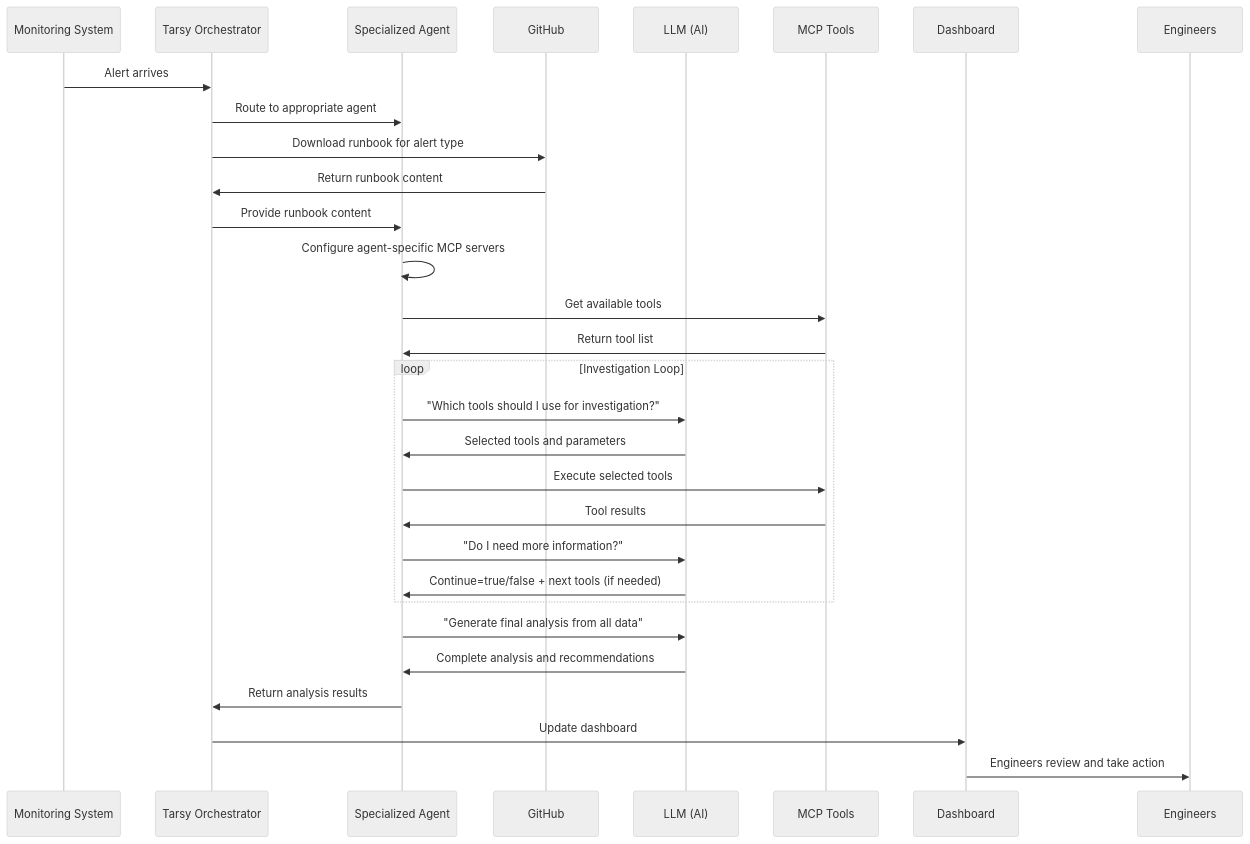
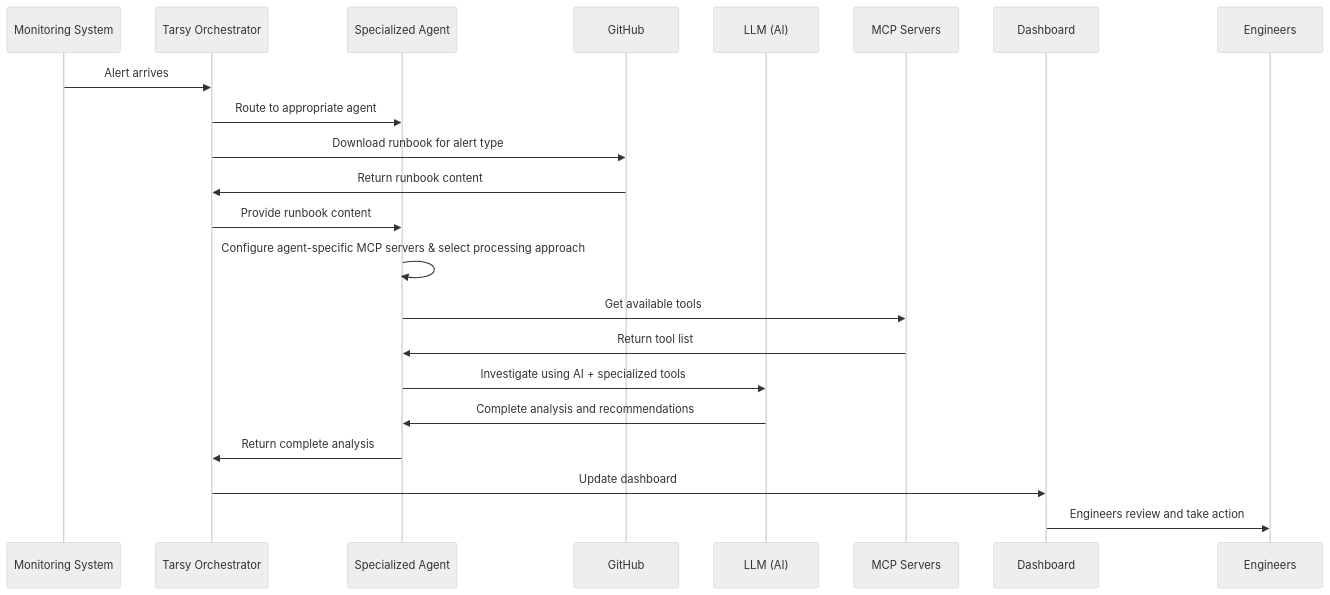
One commit to rsoaresd/tarsy-bot changed the second of 4 diagrams in docs/architecture-overview.md. Above: the diagram before and after it, drawn with Mermaid (neutral theme). The commit also changed other lines of this file and 50 other files, not shown here.

````diff
--- a/docs/architecture-overview.md
+++ b/docs/architecture-overview.md
@@ -46,35 +47,27 @@
 ```mermaid
 sequenceDiagram
     participant M as Monitoring System
     participant T as Tarsy Orchestrator  
     participant A as Specialized Agent
     participant R as GitHub
     participant L as LLM (AI)
-    participant MCP as MCP Tools
+    participant MCP as MCP Servers
     participant D as Dashboard
     participant E as Engineers
 
     M->>T: Alert arrives
     T->>A: Route to appropriate agent
     T->>R: Download runbook for alert type
     R->>T: Return runbook content
     T->>A: Provide runbook content
-    A->>A: Configure agent-specific MCP servers
+    A->>A: Configure agent-specific MCP servers & select processing approach
     A->>MCP: Get available tools
     MCP->>A: Return tool list
     
-    loop Investigation Loop
-        A->>L: "Which tools should I use for investigation?"
-        L->>A: Selected tools and parameters
-        A->>MCP: Execute selected tools
-        MCP->>A: Tool results
-        A->>L: "Do I need more information?"
-        L->>A: Continue=true/false + next tools (if needed)
-    end
+    A->>L: Investigate using AI + specialized tools
+    L->>A: Complete analysis and recommendations
     
-    A->>L: "Generate final analysis from all data"
-    L->>A: Complete analysis and recommendations
-    A->>T: Return analysis results
+    A->>T: Return complete analysis
     T->>D: Update dashboard
     D->>E: Engineers review and take action
 ```
````
